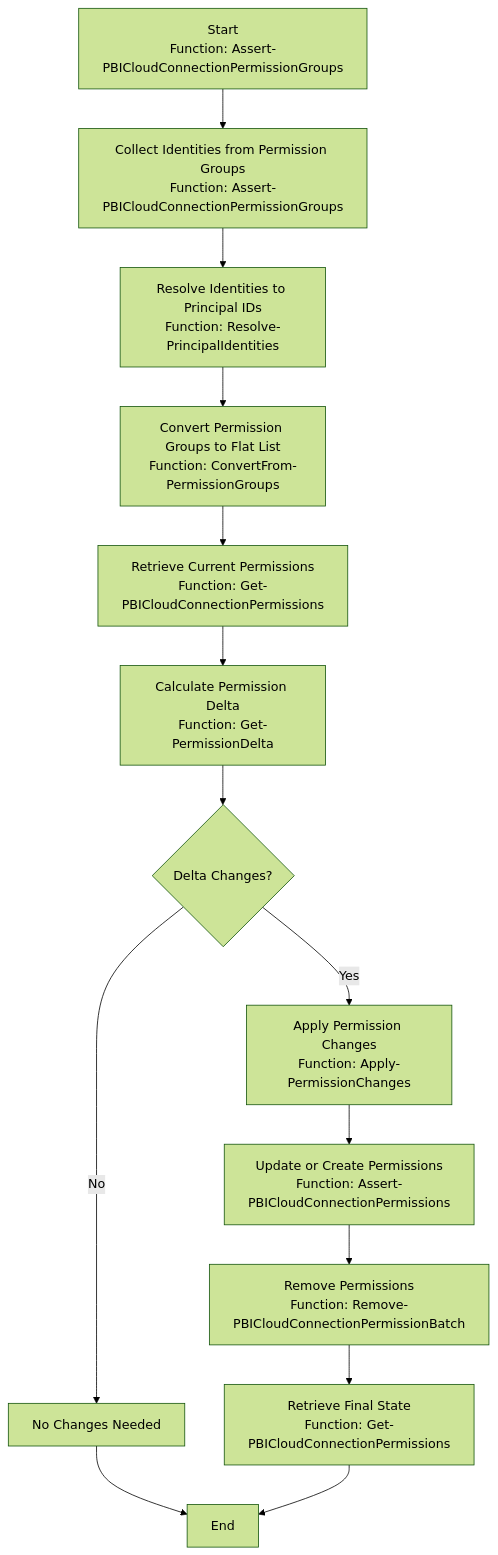
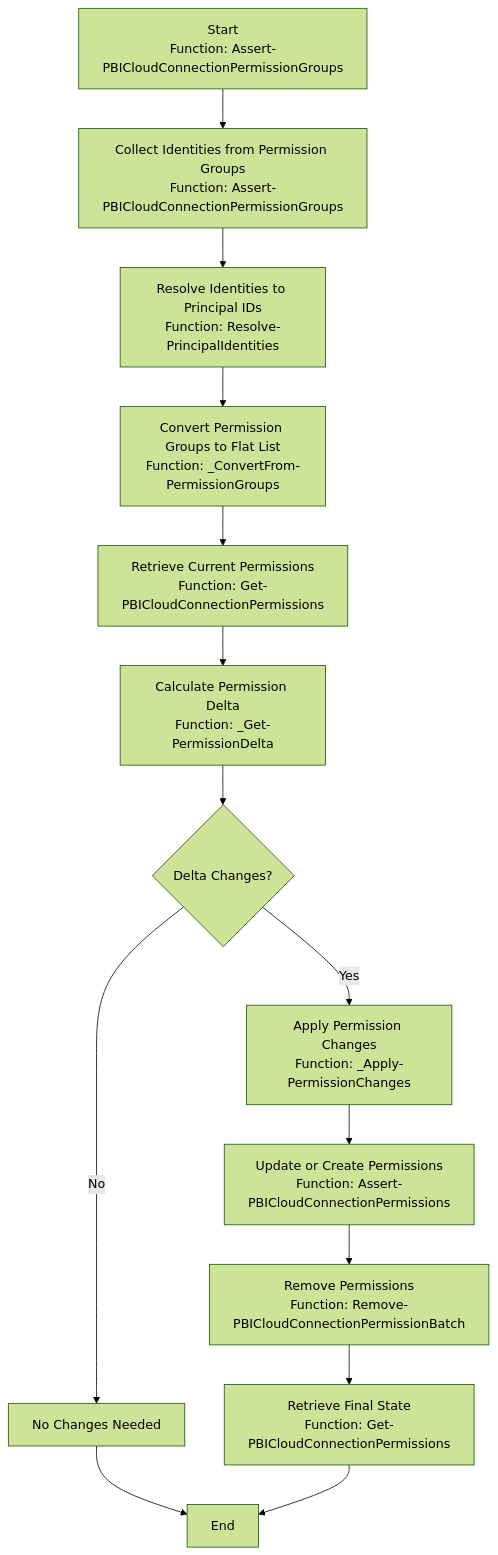
One commit to zerofailed/ZeroFailed.Deploy.PowerBI changed the first of 2 diagrams in README.md. Above: the diagram before and after it, drawn with Mermaid (forest theme). The commit also changed other lines of this file, not shown here.

Commit message:
Update README to align with renamed files

````diff
--- a/README.md
+++ b/README.md
@@ -32,16 +32,16 @@
 ```mermaid
     graph TD
         A[Start<br>Function: Assert-PBICloudConnectionPermissionGroups<br/>] --> B[Collect Identities from Permission Groups<br/>Function: Assert-PBICloudConnectionPermissionGroups<br/>]
         B --> C[Resolve Identities to Principal IDs<br/>Function: Resolve-PrincipalIdentities<br/>]
-        C --> D[Convert Permission Groups to Flat List<br/>Function: ConvertFrom-PermissionGroups<br/>]
+        C --> D[Convert Permission Groups to Flat List<br/>Function: _ConvertFrom-PermissionGroups<br/>]
         D --> E[Retrieve Current Permissions<br/>Function: Get-PBICloudConnectionPermissions<br/>]
-        E --> F[Calculate Permission Delta<br/>Function: Get-PermissionDelta<br/>]
+        E --> F[Calculate Permission Delta<br/>Function: _Get-PermissionDelta<br/>]
         F --> G{Delta Changes?}
         G -->|No| H[No Changes Needed]
-        G -->|Yes| I[Apply Permission Changes<br/>Function: Apply-PermissionChanges<br/>]
+        G -->|Yes| I[Apply Permission Changes<br/>Function: _Apply-PermissionChanges<br/>]
         I --> L[Update or Create Permissions<br/>Function: Assert-PBICloudConnectionPermissions<br/>]
         L --> M[Remove Permissions<br/>Function: Remove-PBICloudConnectionPermissionBatch<br/>]
         M --> J[Retrieve Final State<br/>Function: Get-PBICloudConnectionPermissions<br/>]
         H --> K[End]
         J --> K[End]
 ```
````
